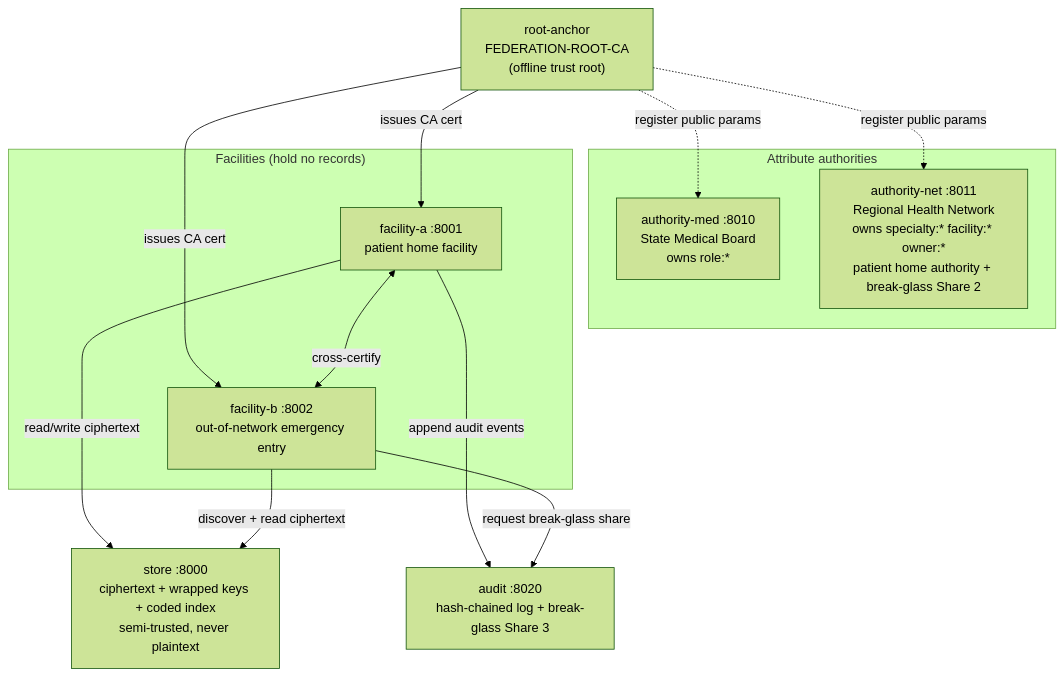
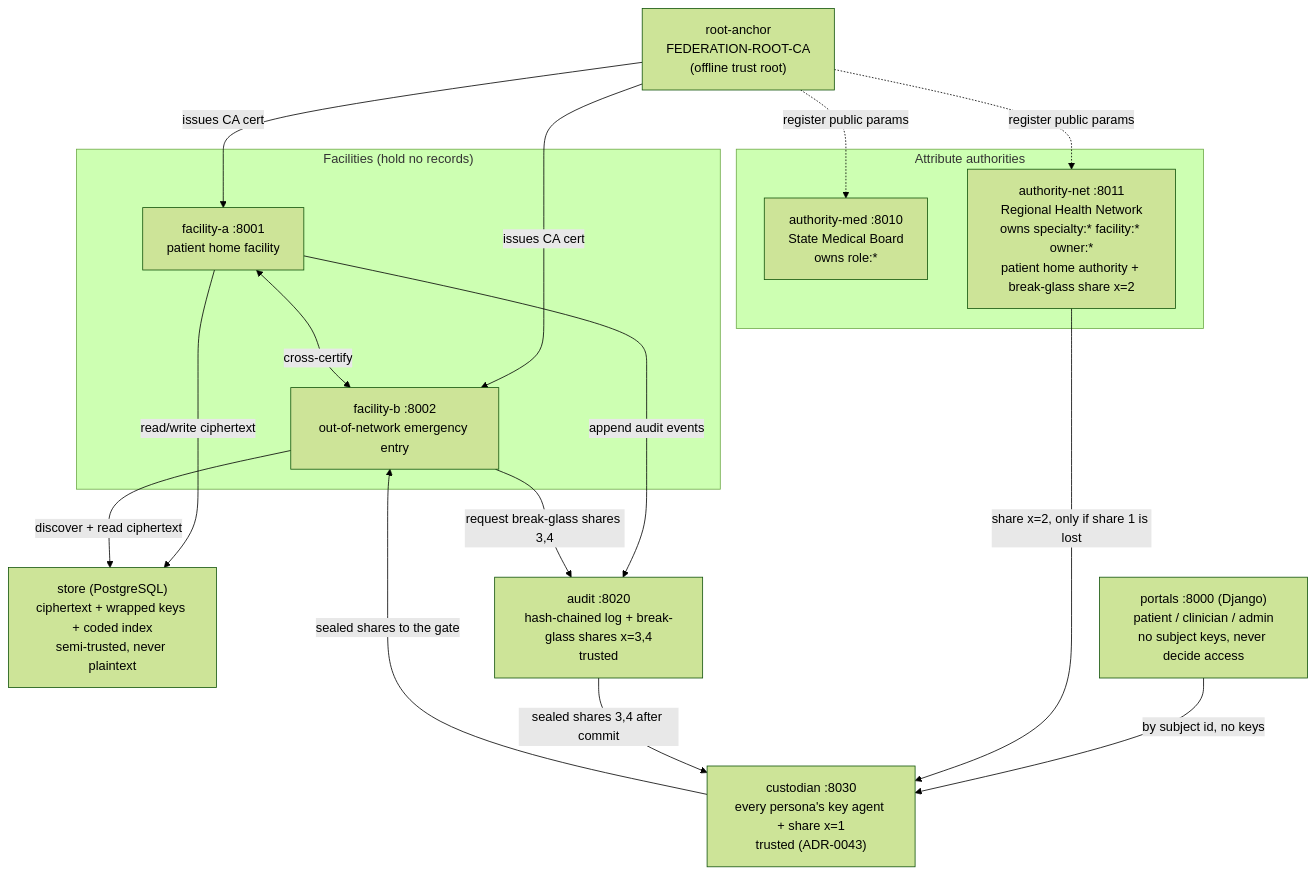
One commit to Powel29/secure-federated-health-records changed the diagram in docs/federation-topology.md. Above: the diagram before and after it, drawn with Mermaid (forest theme). The commit also changed other lines of this file and 34 other files, not shown here.

First line of the commit message:
docs: align explainers, README, ARCHITECTURE and diagrams with the paper

````diff
--- a/docs/federation-topology.md
+++ b/docs/federation-topology.md
@@ -24,28 +24,34 @@
 ```mermaid
 flowchart TB
     root["root-anchor<br/>FEDERATION-ROOT-CA<br/>(offline trust root)"]
 
     subgraph AUTH["Attribute authorities"]
         med["authority-med :8010<br/>State Medical Board<br/>owns role:*"]
-        net["authority-net :8011<br/>Regional Health Network<br/>owns specialty:* facility:* owner:*<br/>patient home authority + break-glass Share 2"]
+        net["authority-net :8011<br/>Regional Health Network<br/>owns specialty:* facility:* owner:*<br/>patient home authority + break-glass share x=2"]
     end
 
     subgraph FAC["Facilities (hold no records)"]
         fa["facility-a :8001<br/>patient home facility"]
         fb["facility-b :8002<br/>out-of-network emergency entry"]
     end
 
-    store["store :8000<br/>ciphertext + wrapped keys + coded index<br/>semi-trusted, never plaintext"]
-    audit["audit :8020<br/>hash-chained log + break-glass Share 3"]
+    store["store (PostgreSQL)<br/>ciphertext + wrapped keys + coded index<br/>semi-trusted, never plaintext"]
+    audit["audit :8020<br/>hash-chained log + break-glass shares x=3,4<br/>trusted"]
+    cust["custodian :8030<br/>every persona's key agent + share x=1<br/>trusted (ADR-0043)"]
+    portal["portals :8000 (Django)<br/>patient / clinician / admin<br/>no subject keys, never decide access"]
 
     root -->|issues CA cert| fa
     root -->|issues CA cert| fb
     fa <-->|cross-certify| fb
     root -.->|register public params| med
     root -.->|register public params| net
 
     fa -->|read/write ciphertext| store
     fb -->|discover + read ciphertext| store
     fa -->|append audit events| audit
-    fb -->|request break-glass share| audit
+    fb -->|request break-glass shares 3,4| audit
+    portal -->|by subject id, no keys| cust
+    cust -->|sealed shares to the gate| fb
+    net -->|share x=2, only if share 1 is lost| cust
+    audit -->|sealed shares 3,4 after commit| cust
 ```
````
